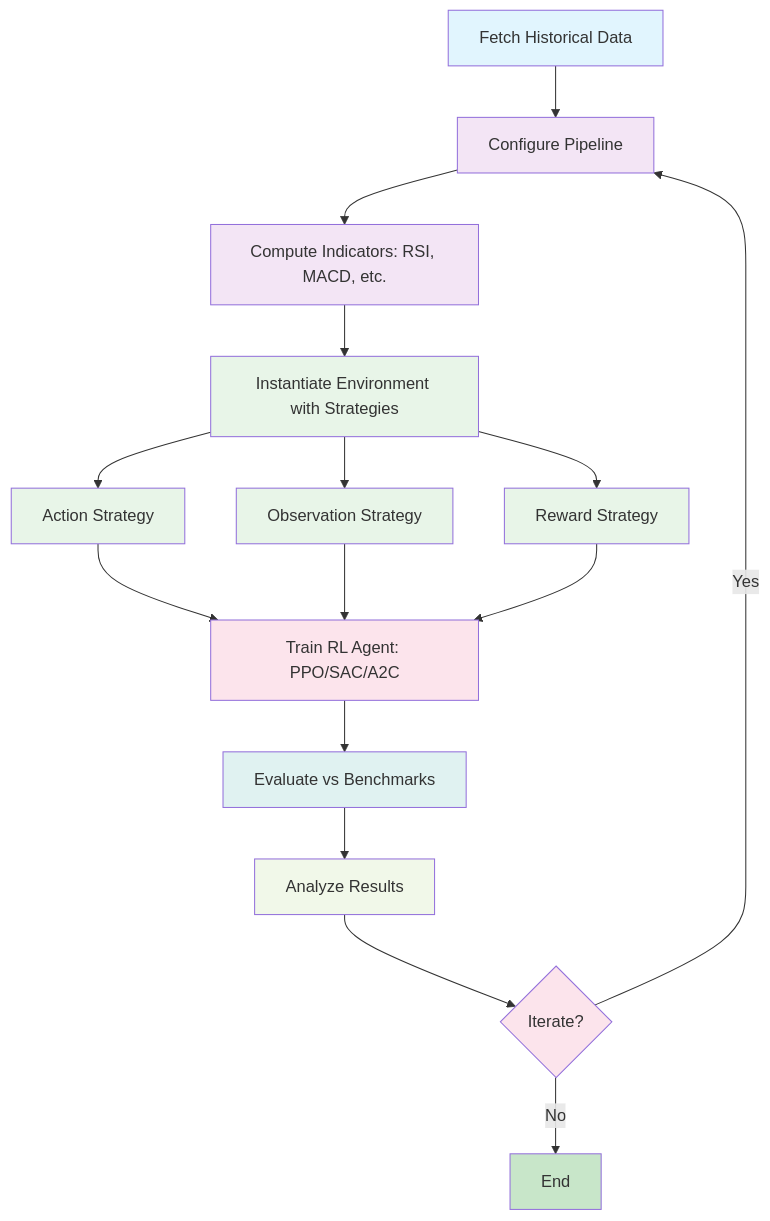
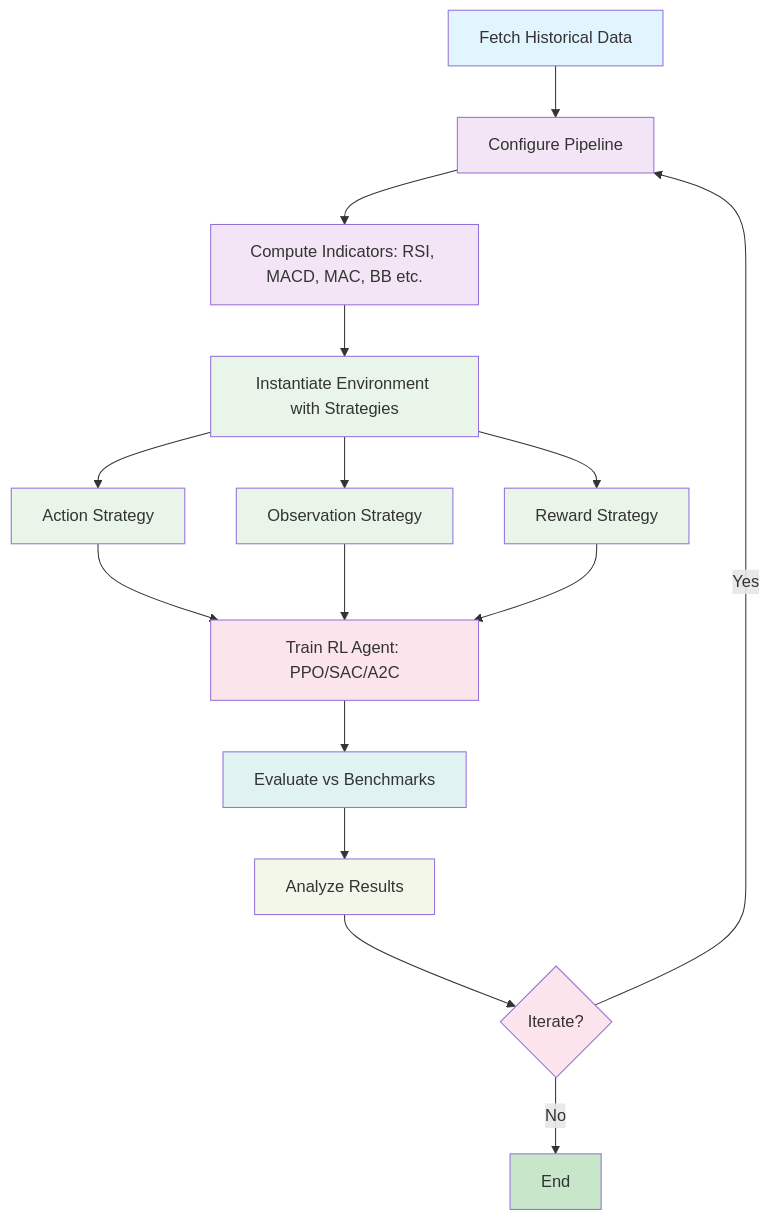
One commit to edu-ai/QuantRL-Lab changed the diagram in README.md. Above: the diagram before and after it, drawn with Mermaid. The commit also changed other lines of this file, not shown here.

````diff
--- a/README.md
+++ b/README.md
@@ -85,38 +78,38 @@
 ```mermaid
 flowchart TB
     A[Fetch Historical Data] --> B[Configure Pipeline]
 
-    B --> C[Compute Indicators: RSI, MACD, etc.]
+    B --> C[Compute Indicators: RSI, MACD, MAC, BB etc.]
 
     C --> D[Instantiate Environment with Strategies]
 
     D --> E[Action Strategy]
     D --> F[Observation Strategy]
     D --> G[Reward Strategy]
 
     E --> H
     F --> H
     G --> H
 
     H[Train RL Agent: PPO/SAC/A2C] --> I[Evaluate vs Benchmarks]
 
     I --> J[Analyze Results]
 
     J --> K{Iterate?}
 
     K -->|Yes| B
     K -->|No| L[End]
 
     style A fill:#e1f5fe
     style B fill:#f3e5f5
     style C fill:#f3e5f5
     style D fill:#e8f5e8
     style E fill:#e8f5e8
     style F fill:#e8f5e8
     style G fill:#e8f5e8
     style H fill:#fce4ec
     style I fill:#e0f2f1
     style J fill:#f1f8e9
     style K fill:#fce4ec
     style L fill:#c8e6c9
 ```
````
